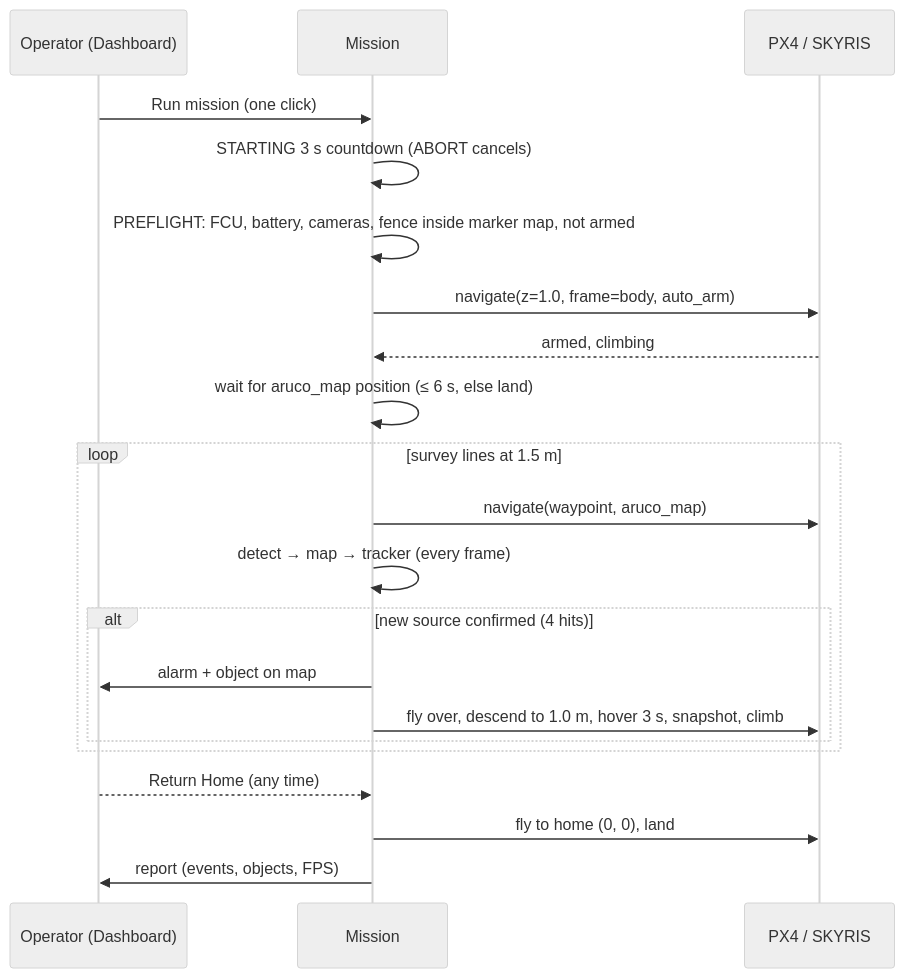
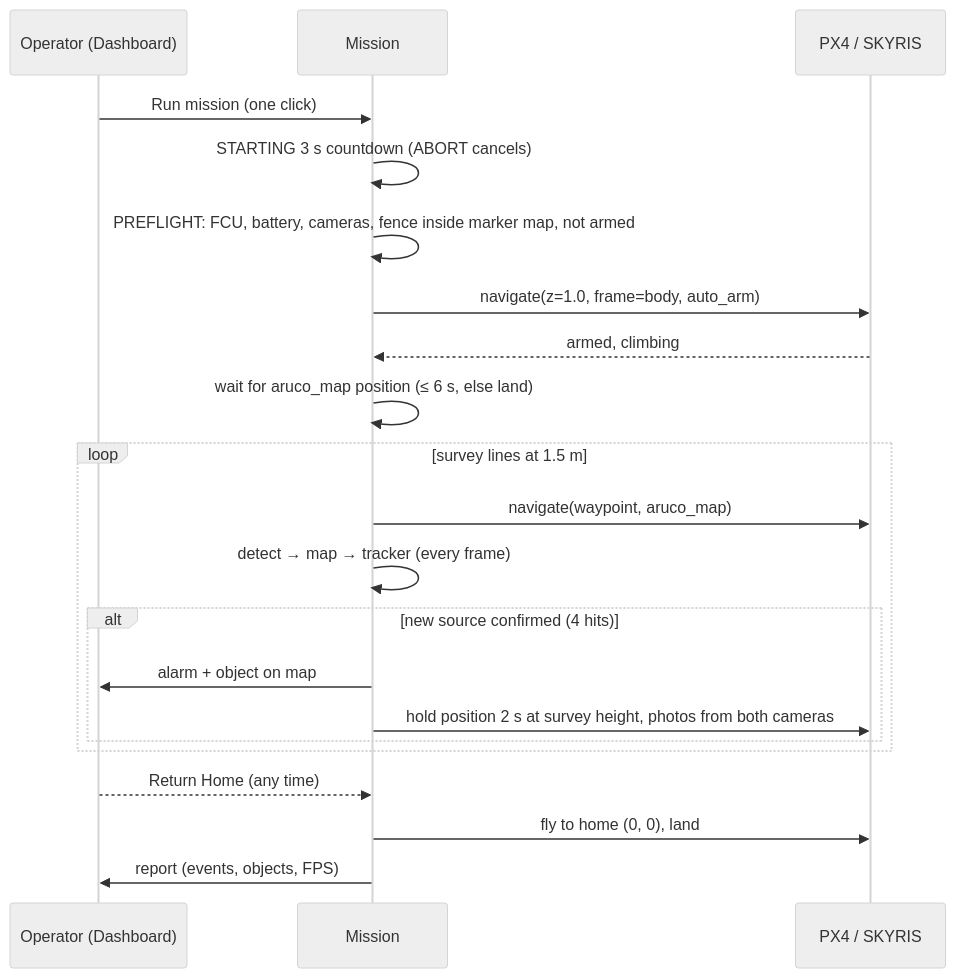
One commit to kkjjkamal123/BRICS-HiTech-2026-Flying-Robotics changed the second of 2 diagrams in Module_A/docs/05_Architecture.md. Above: the diagram before and after it, drawn with Mermaid (neutral theme). The commit also changed other lines of this file and 10 other files, not shown here.

````diff
--- a/Module_A/docs/05_Architecture.md
+++ b/Module_A/docs/05_Architecture.md
@@ -40,23 +40,23 @@
 ```mermaid
 sequenceDiagram
   participant Op as Operator (Dashboard)
   participant M as Mission
   participant P as PX4 / SKYRIS
   Op->>M: Run mission (one click)
   M->>M: STARTING 3 s countdown (ABORT cancels)
   M->>M: PREFLIGHT: FCU, battery, cameras, fence inside marker map, not armed
   M->>P: navigate(z=1.0, frame=body, auto_arm)
   P-->>M: armed, climbing
   M->>M: wait for aruco_map position (≤ 6 s, else land)
   loop survey lines at 1.5 m
     M->>P: navigate(waypoint, aruco_map)
     M->>M: detect → map → tracker (every frame)
     alt new source confirmed (4 hits)
       M->>Op: alarm + object on map
-      M->>P: fly over, descend to 1.0 m, hover 3 s, snapshot, climb
+      M->>P: hold position 2 s at survey height, photos from both cameras
     end
   end
   Op-->>M: Return Home (any time)
   M->>P: fly to home (0, 0), land
   M->>Op: report (events, objects, FPS)
 ```
````
